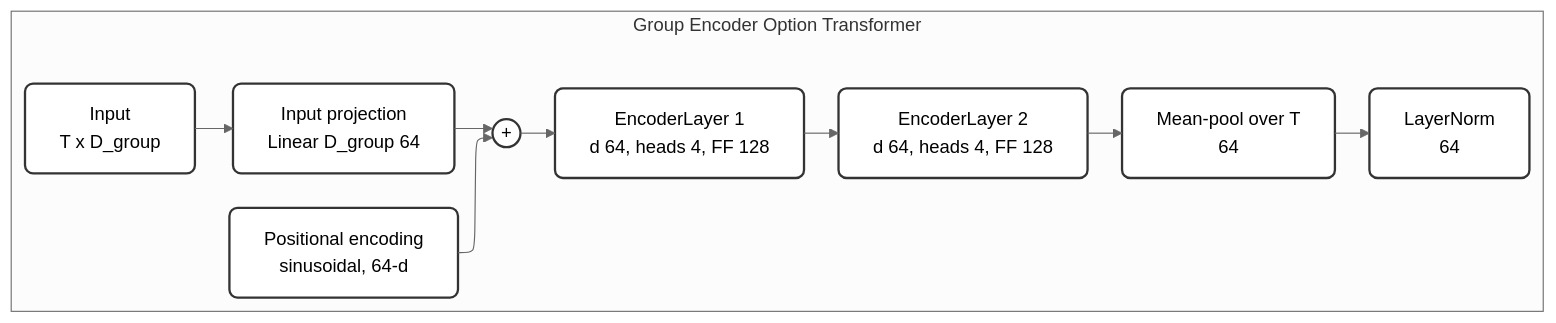
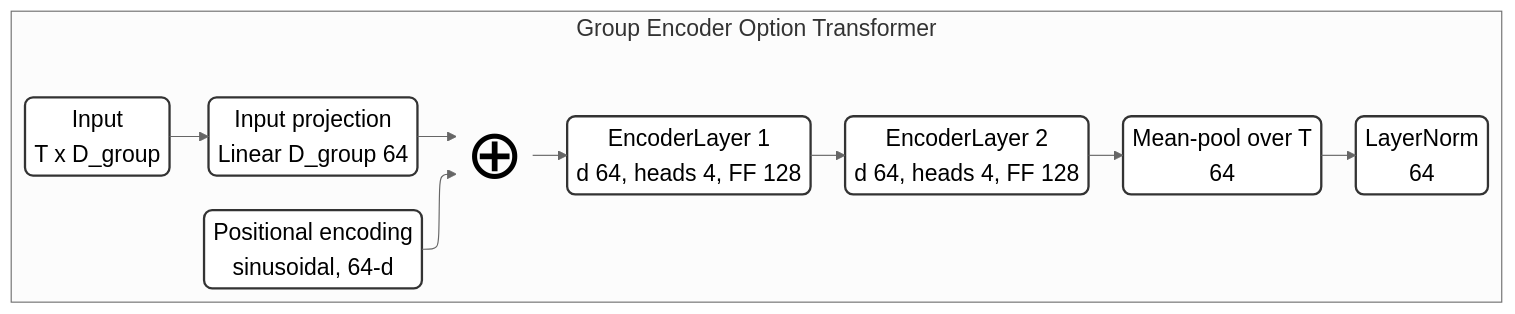
Diagram 11 of 12 in documents/thesis/diagrams_mermaid.md (hoa2004st/CNN-in-CMOSE), drawn with Mermaid before and after one commit. The commit also changed other lines of this file and 29 other files, not shown here.

Commit message:
re-draw diagram, remove line wrap

````diff
--- a/documents/thesis/diagrams_mermaid.md
+++ b/documents/thesis/diagrams_mermaid.md
@@ -237,19 +322,26 @@
 ```mermaid
 ---
 config:
   theme: neutral
   layout: elk
+  themeVariables:
+    fontSize: 20px
+  flowchart:
+    padding: 4
+    nodeSpacing: 30
+    rankSpacing: 40
 ---
 flowchart LR
     subgraph ENC["Group Encoder Option Transformer"]
         direction LR
         b1["Input\nT x D_group"] --> b2["Input projection\nLinear D_group 64"]
-        bpe["Positional encoding\nsinusoidal, 64-d"] --> badd(("+"))
+        bpe["Positional encoding\nsinusoidal, 64-d"] --> badd["⊕"]:::op
         b2 --> badd
         badd --> b4a["EncoderLayer 1\nd 64, heads 4, FF 128"]
         b4a --> b4b["EncoderLayer 2\nd 64, heads 4, FF 128"]
         b4b --> b5["Mean-pool over T\n 64"]
         b5 --> b6["LayerNorm\n64"]
-        classDef default fill:#ffffff,stroke:#333,stroke-width:2px,rx:7px,ry:7px    
+        classDef default fill:#ffffff,stroke:#333,stroke-width:2px,rx:7px,ry:7px
+        classDef op fill:none,stroke:none,font-size:60px
         end
 ```
````
